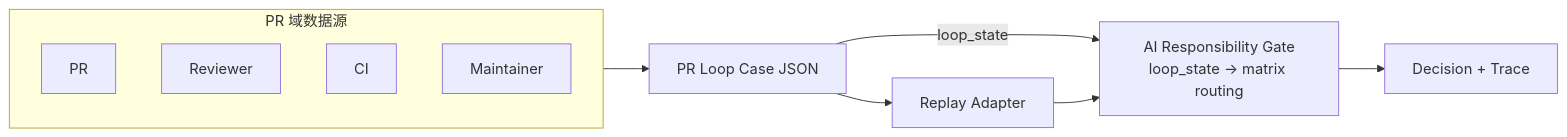
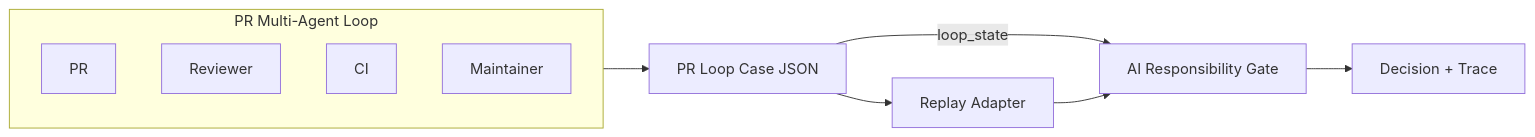
One commit to zhangzhefang-github/ai-responsibility-gate changed the second of 2 diagrams in docs/PR_LOOP_REPLAY_BRIEFING.md. Above: the diagram before and after it, drawn with Mermaid. The commit also changed other lines of this file, not shown here.

First line of the commit message:
docs: convert briefing diagrams to Mermaid, unify style

````diff
--- a/docs/PR_LOOP_REPLAY_BRIEFING.md
+++ b/docs/PR_LOOP_REPLAY_BRIEFING.md
@@ -72,18 +65,15 @@
 ```mermaid
 flowchart LR
-    subgraph sources [PR 域数据源]
+    subgraph Sources [PR Multi-Agent Loop]
         PR[PR]
         Reviewer[Reviewer]
         CI[CI]
         Maintainer[Maintainer]
     end
 
-    sources --> CaseJSON[PR Loop Case JSON]
-
+    Sources --> CaseJSON[PR Loop Case JSON]
     CaseJSON --> Adapter[Replay Adapter]
     CaseJSON -->|loop_state| Gate
-
-    Adapter --> Gate[AI Responsibility Gate<br/>loop_state → matrix routing]
-
+    Adapter --> Gate[AI Responsibility Gate]
     Gate --> Output[Decision + Trace]
 ```
````
